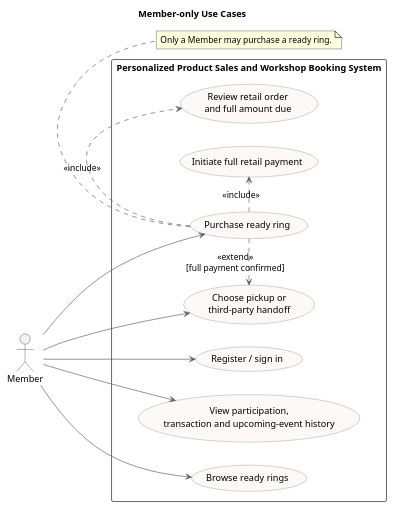
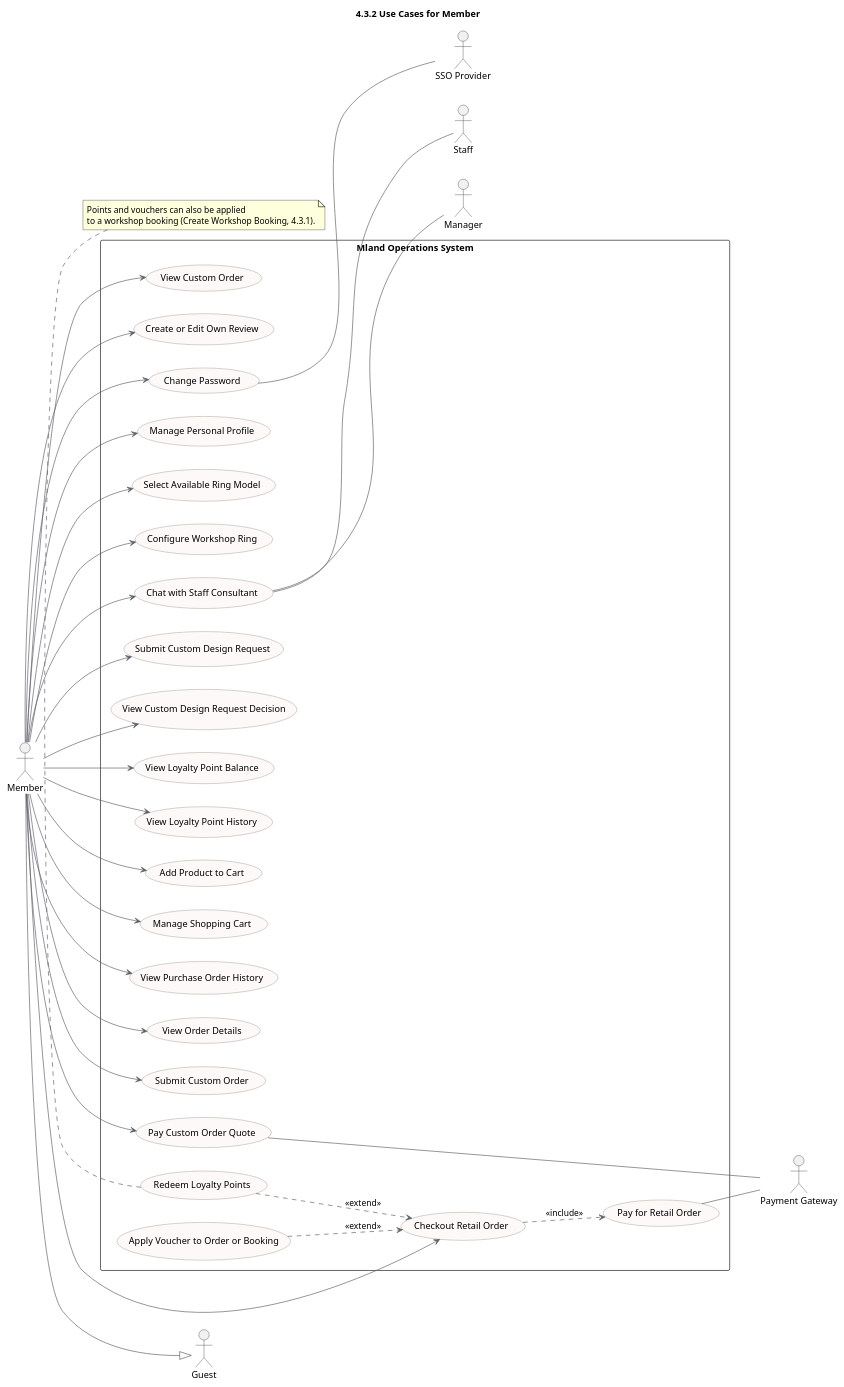
The diagram in documents/docs/report-3-software-requirement-specification/assets/diagrams/use-cases/03-member-only.puml (quoc-ca/mland-operations-hub), drawn with PlantUML before and after one commit. The commit also changed 22 other files, not shown here.

First line of the commit message:
docs: bỏ Google Maps khỏi báo cáo và spec; vẽ lại sơ đồ use case Guest và Member

```diff
--- a/documents/docs/report-3-software-requirement-specification/assets/diagrams/use-cases/03-member-only.puml
+++ b/documents/docs/report-3-software-requirement-specification/assets/diagrams/use-cases/03-member-only.puml
@@ -1,36 +1,80 @@
 @startuml
 !pragma charset UTF-8
-title Member-only Use Cases
+title 4.3.2 Use Cases for Member
 left to right direction
 skinparam shadowing false
 skinparam usecase {
   BackgroundColor #FCF9F8
   BorderColor #807663
   ArrowColor #5B5E67
 }
 
+actor Guest
 actor Member
 
-rectangle "Personalized Product Sales and Workshop Booking System" {
-  usecase "Register / sign in" as Account
-  usecase "View participation,\ntransaction and upcoming-event history" as History
-  usecase "Browse ready rings" as Browse
-  usecase "Purchase ready ring" as Purchase
-  usecase "Review retail order\nand full amount due" as OrderSummary
-  usecase "Initiate full retail payment" as RetailPayment
-  usecase "Choose pickup or\nthird-party handoff" as Delivery
+actor "SSO Provider" as SSO
+actor "Payment Gateway" as Pay
+actor Staff
+actor Manager
+
+rectangle "Mland Operations System" {
+  usecase "Change Password" as UC04
+  usecase "Manage Personal Profile" as UC05
+  usecase "Select Available Ring Model" as UC36
+  usecase "Configure Workshop Ring" as UC37
+  usecase "Chat with Staff Consultant" as UC38
+  usecase "Submit Custom Design Request" as UC39
+  usecase "View Custom Design Request Decision" as UC41
+  usecase "View Loyalty Point Balance" as UC42
+  usecase "View Loyalty Point History" as UC43
+  usecase "Redeem Loyalty Points" as UC44
+  usecase "Apply Voucher to Order or Booking" as UC48
+  usecase "Add Product to Cart" as UC52
+  usecase "Manage Shopping Cart" as UC53
+  usecase "Checkout Retail Order" as UC54
+  usecase "Pay for Retail Order" as UC55
+  usecase "View Purchase Order History" as UC56
+  usecase "View Order Details" as UC57
+  usecase "Submit Custom Order" as UC67
+  usecase "Pay Custom Order Quote" as UC69
+  usecase "View Custom Order" as UC70
+  usecase "Create or Edit Own Review" as UC75
 }
 
-Member --> Account
-Member --> History
-Member --> Browse
-Member --> Purchase
-Member --> Delivery
-Purchase .> OrderSummary : <<include>>
-Purchase .> RetailPayment : <<include>>
-Purchase .> Delivery : <<extend>>\n[full payment confirmed]
+' Member inherits every Guest use case (see 4.3.1), including Create Workshop Booking.
+Member --|> Guest
 
-note bottom of Purchase
-Only a Member may purchase a ready ring.
+Member --> UC04
+Member --> UC05
+Member --> UC36
+Member --> UC37
+Member --> UC38
+Member --> UC39
+Member --> UC41
+Member --> UC42
+Member --> UC43
+Member --> UC52
+Member --> UC53
+Member --> UC54
+Member --> UC56
+Member --> UC57
+Member --> UC67
+Member --> UC70
+Member --> UC69
+Member --> UC75
+
+UC54 ..> UC55 : <<include>>
+UC44 ..> UC54 : <<extend>>
+UC48 ..> UC54 : <<extend>>
+
+UC04 -- SSO
+UC55 -- Pay
+UC69 -- Pay
+UC38 -- Staff
+UC38 -- Manager
+
+note bottom of UC44
+Points and vouchers can also be applied
+to a workshop booking (Create Workshop Booking, 4.3.1).
 end note
 @enduml
```
